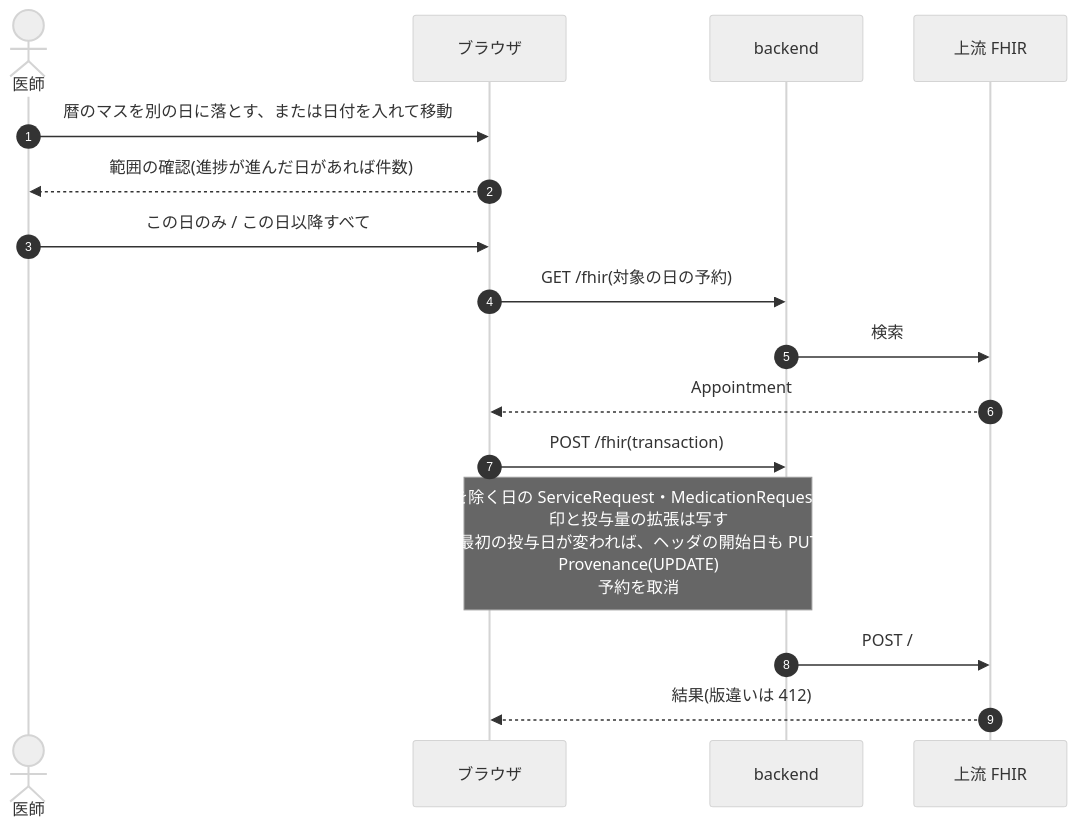
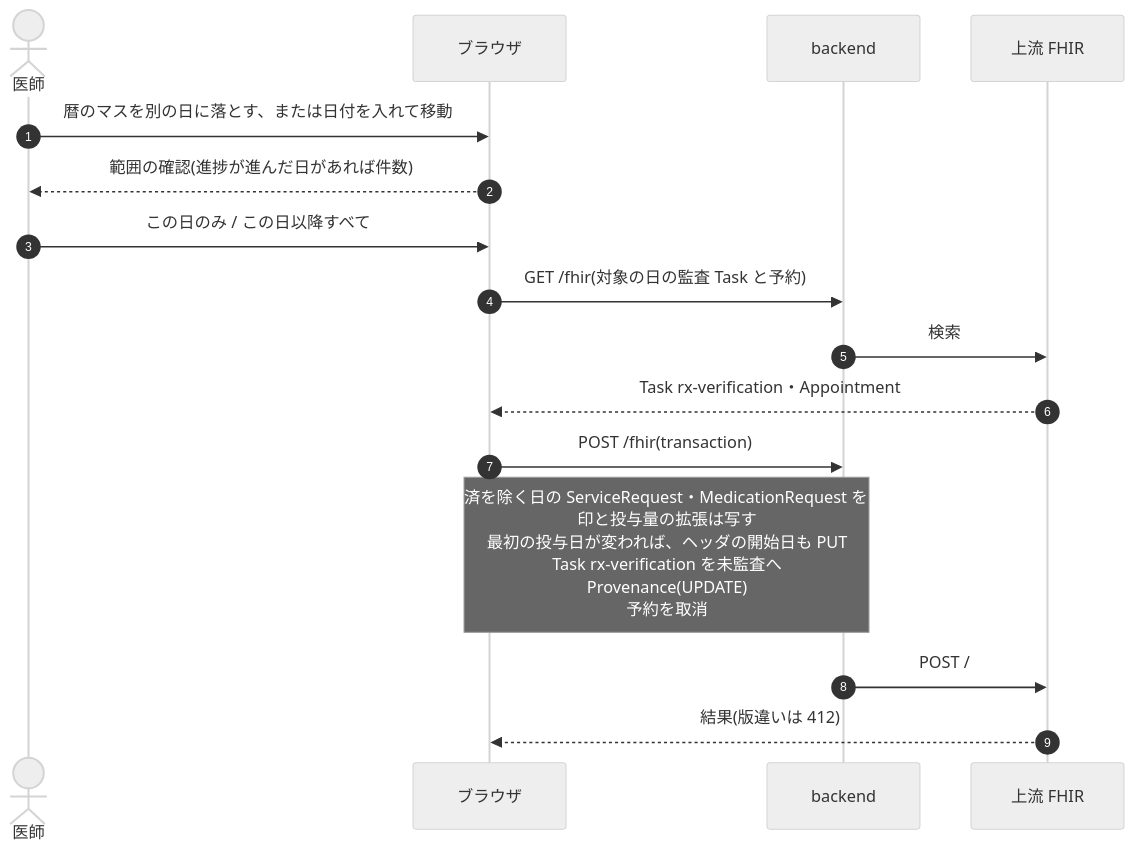
The seventh of 9 diagrams in docs/order-flows/chemotherapy.md (ysnr-dev/fhir-client), drawn with Mermaid (neutral theme) before and after one commit. The commit also changed other lines of this file and 7 other files, not shown here.

````diff
--- a/docs/order-flows/chemotherapy.md
+++ b/docs/order-flows/chemotherapy.md
@@ -353,19 +354,19 @@
 ```mermaid
 sequenceDiagram
   autonumber
   actor Dr as 医師
   participant UI as ブラウザ
   participant BE as backend
   participant FHIR as 上流 FHIR
 
   Dr->>UI: 暦のマスを別の日に落とす、または日付を入れて移動
   UI-->>Dr: 範囲の確認(進捗が進んだ日があれば件数)
   Dr->>UI: この日のみ / この日以降すべて
-  UI->>BE: GET /fhir(対象の日の予約)
+  UI->>BE: GET /fhir(対象の日の監査 Task と予約)
   BE->>FHIR: 検索
-  FHIR-->>UI: Appointment
+  FHIR-->>UI: Task rx-verification・Appointment
   UI->>BE: POST /fhir(transaction)
-  Note over UI,BE: 実施済を除く日の ServiceRequest・MedicationRequest を PUT<br/>印と投与量の拡張は写す<br/>最初の投与日が変われば、ヘッダの開始日も PUT<br/>Provenance(UPDATE)<br/>予約を取消
+  Note over UI,BE: 実施済を除く日の ServiceRequest・MedicationRequest を PUT<br/>印と投与量の拡張は写す<br/>最初の投与日が変われば、ヘッダの開始日も PUT<br/>Task rx-verification を未監査へ<br/>Provenance(UPDATE)<br/>予約を取消
   BE->>FHIR: POST /
   FHIR-->>UI: 結果(版違いは 412)
 ```
````
